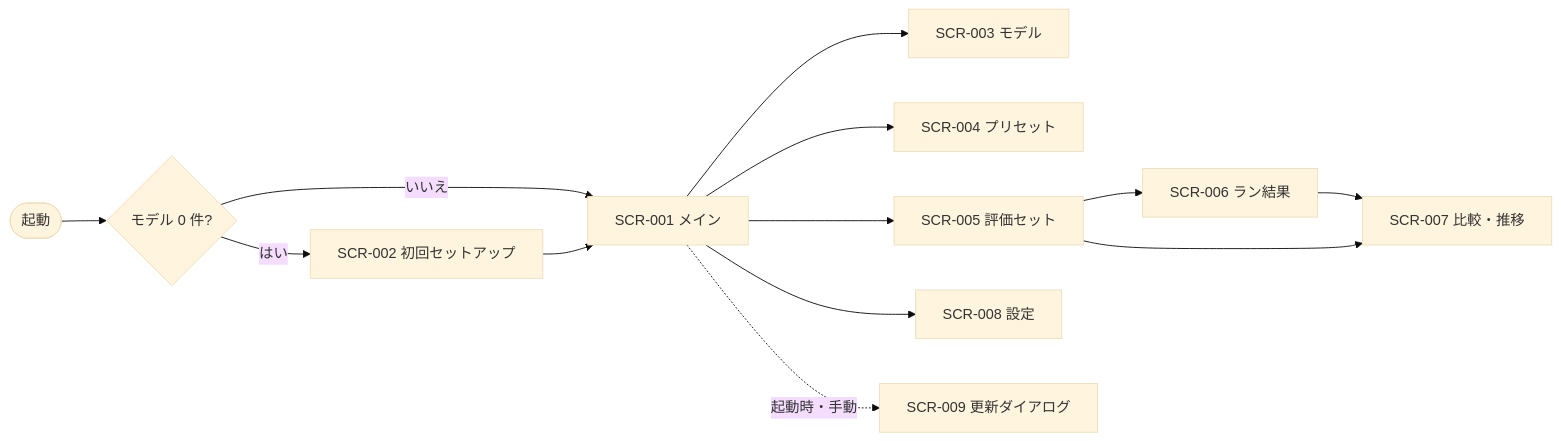
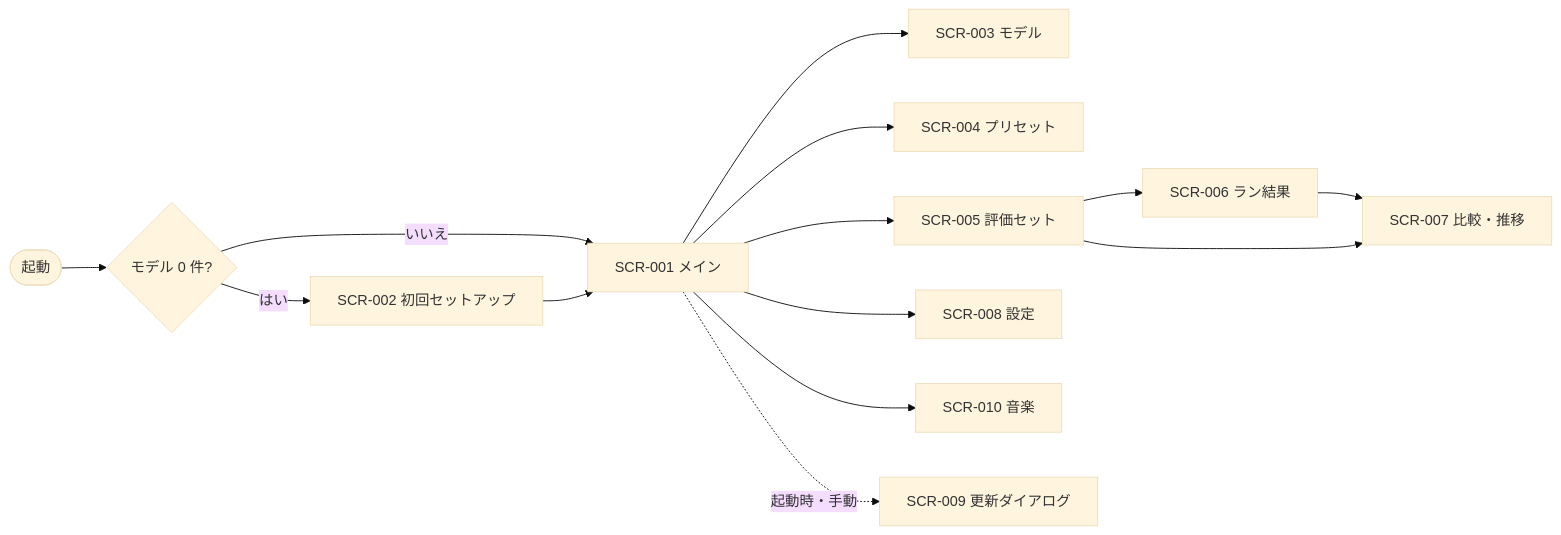
The diagram in docs/design/06_ux_design.md (itiwoja/llm-party), drawn with Mermaid (base theme) before and after one commit. The commit also changed other lines of this file and 21 other files, not shown here.

````diff
--- a/docs/design/06_ux_design.md
+++ b/docs/design/06_ux_design.md
@@ -15,15 +15,16 @@
 ```mermaid
 flowchart LR
   S0([起動]) --> C{モデル 0 件?}
   C -- はい --> SCR002[SCR-002 初回セットアップ]
   C -- いいえ --> SCR001[SCR-001 メイン]
   SCR002 --> SCR001
   SCR001 --> SCR003[SCR-003 モデル]
   SCR001 --> SCR004[SCR-004 プリセット]
   SCR001 --> SCR005[SCR-005 評価セット]
   SCR005 --> SCR006[SCR-006 ラン結果]
   SCR006 --> SCR007[SCR-007 比較・推移]
   SCR005 --> SCR007
   SCR001 --> SCR008[SCR-008 設定]
+  SCR001 --> SCR010[SCR-010 音楽]
   SCR001 -.起動時・手動.-> SCR009[SCR-009 更新ダイアログ]
 ```
````
